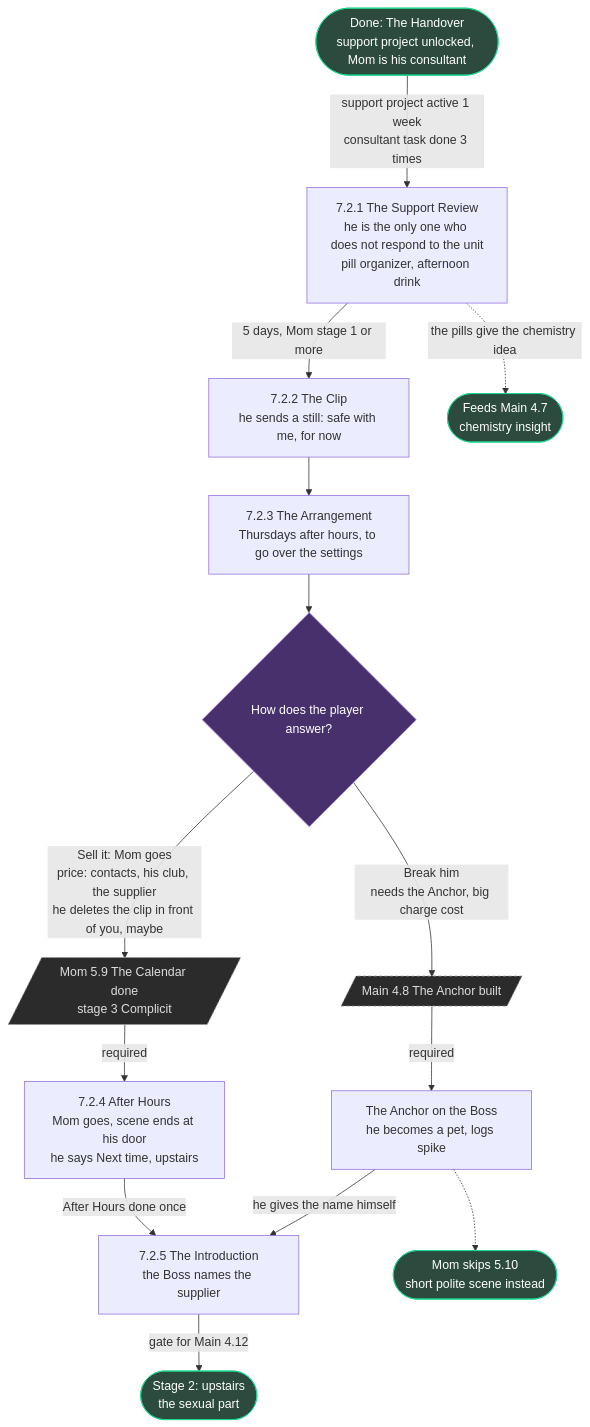
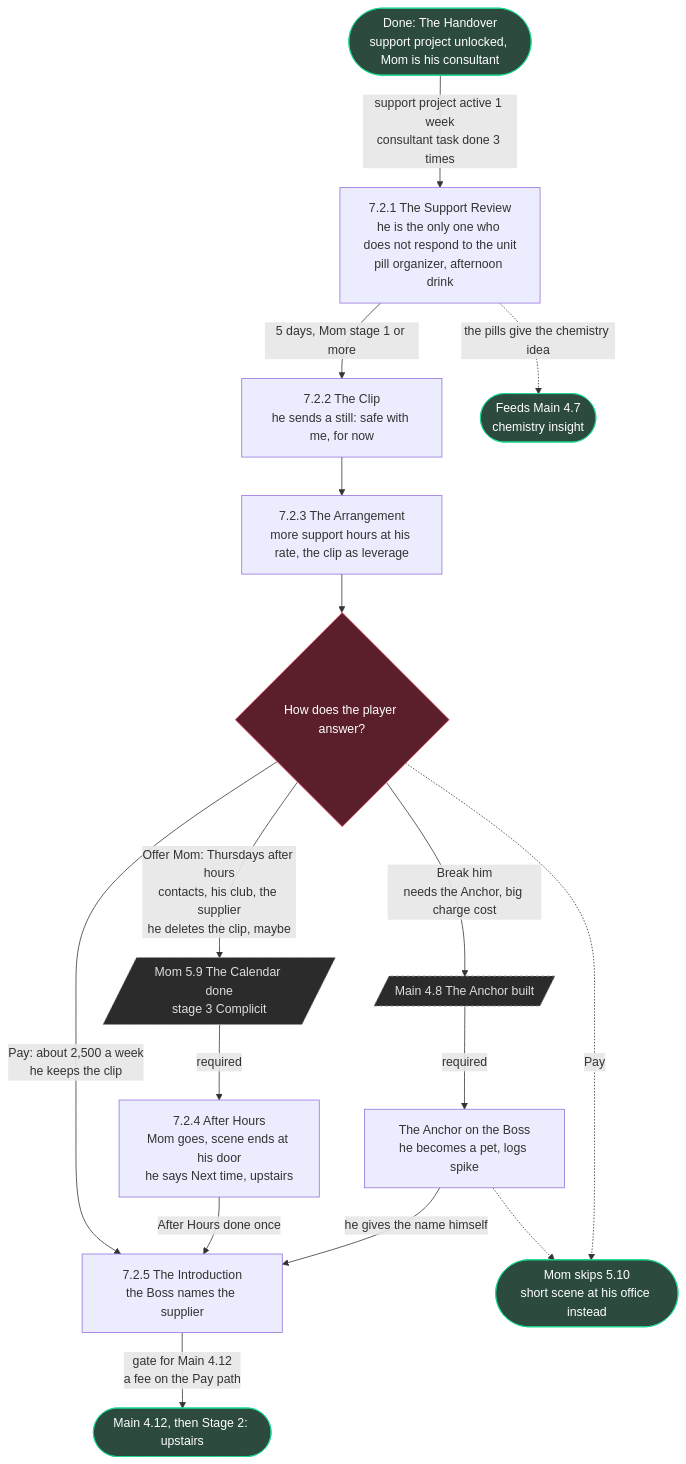
The fifth of 9 diagrams in STAGE1_FLOWCHARTS.md (MichaelWinsauer/RTR), drawn with Mermaid before and after one commit. The commit also changed other lines of this file and 1 other file, not shown here.

Commit message:
plan: update stage 1 story

````diff
--- a/STAGE1_FLOWCHARTS.md
+++ b/STAGE1_FLOWCHARTS.md
@@ -243,36 +266,38 @@
 ```mermaid
 flowchart TD
   S0(["Done: The Handover<br/>support project unlocked, Mom is his consultant"]):::done
 
   B1["7.2.1 The Support Review<br/>he is the only one who does not respond to the unit<br/>pill organizer, afternoon drink"]
   B2["7.2.2 The Clip<br/>he sends a still: safe with me, for now"]
-  B3["7.2.3 The Arrangement<br/>Thursdays after hours, to go over the settings"]
-  D1{"How does the player answer?"}:::choice
+  B3["7.2.3 The Arrangement<br/>more support hours at his rate, the clip as leverage"]
+  D1{"How does the player answer?"}:::offer
   B4["7.2.4 After Hours<br/>Mom goes, scene ends at his door<br/>he says Next time, upstairs"]
   B4b["The Anchor on the Boss<br/>he becomes a pet, logs spike"]
   B5["7.2.5 The Introduction<br/>the Boss names the supplier"]
-  S2(["Stage 2: upstairs<br/>the sexual part"]):::done
+  S2(["Main 4.12, then Stage 2: upstairs"]):::done
 
   G0[/"Mom 5.9 The Calendar done<br/>stage 3 Complicit"/]:::gate
   G1[/"Main 4.8 The Anchor built"/]:::gate
-  X1(["Mom skips 5.10<br/>short polite scene instead"]):::done
+  X1(["Mom skips 5.10<br/>short scene at his office instead"]):::done
   X2(["Feeds Main 4.7<br/>chemistry insight"]):::done
 
   S0 -->|"support project active 1 week<br/>consultant task done 3 times"| B1
   B1 -.->|"the pills give the chemistry idea"| X2
   B1 -->|"5 days, Mom stage 1 or more"| B2
   B2 --> B3
   B3 --> D1
-  D1 -->|"Sell it: Mom goes<br/>price: contacts, his club, the supplier<br/>he deletes the clip in front of you, maybe"| G0
+  D1 -->|"Pay: about 2,500 a week<br/>he keeps the clip"| B5
+  D1 -->|"Offer Mom: Thursdays after hours<br/>contacts, his club, the supplier<br/>he deletes the clip, maybe"| G0
   G0 -->|"required"| B4
   B4 -->|"After Hours done once"| B5
   D1 -->|"Break him<br/>needs the Anchor, big charge cost"| G1
   G1 -->|"required"| B4b
   B4b -->|"he gives the name himself"| B5
   B4b -.-> X1
-  B5 -->|"gate for Main 4.12"| S2
+  D1 -.->|"Pay"| X1
+  B5 -->|"gate for Main 4.12<br/>a fee on the Pay path"| S2
 
   classDef done fill:#2c4a3e,stroke:#1cd88d,color:#fff
-  classDef choice fill:#47306b,stroke:#b08bff,color:#fff
+  classDef offer fill:#5a1f2a,stroke:#ff6479,color:#fff
   classDef gate fill:#2b2b2b,stroke:#999,color:#ddd,stroke-dasharray:4 3
 ```
````
